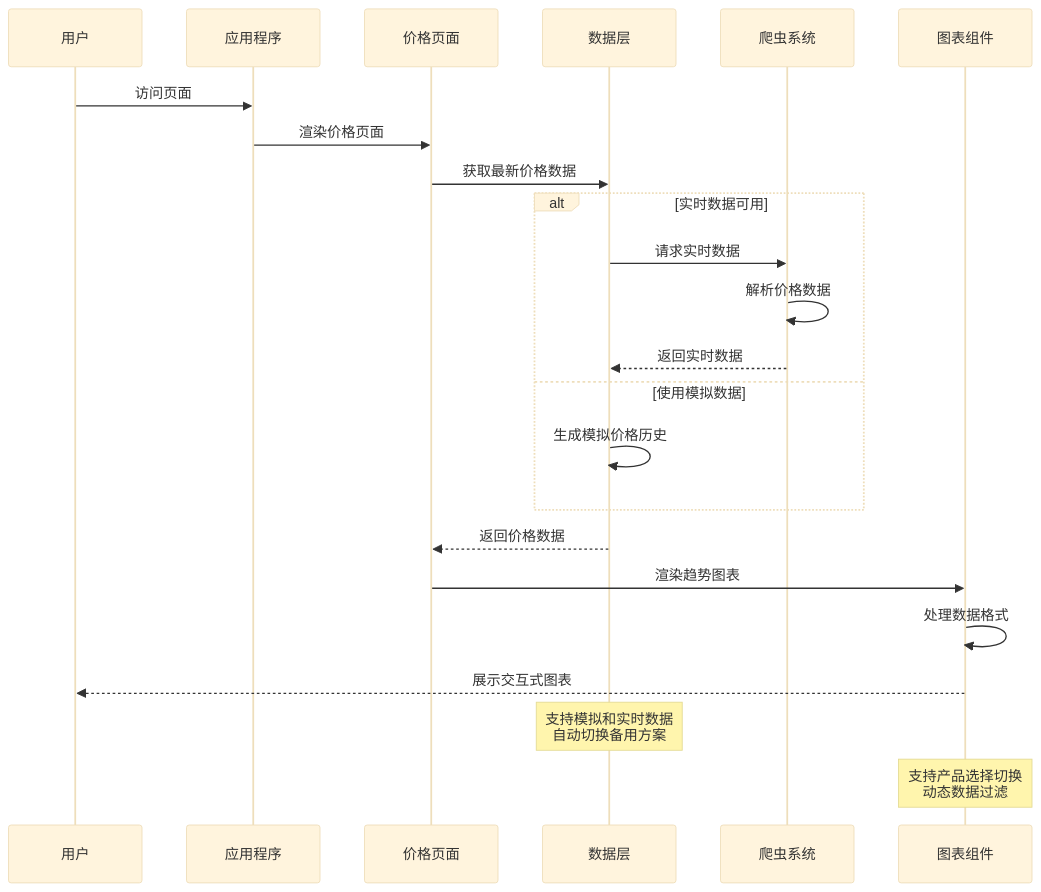
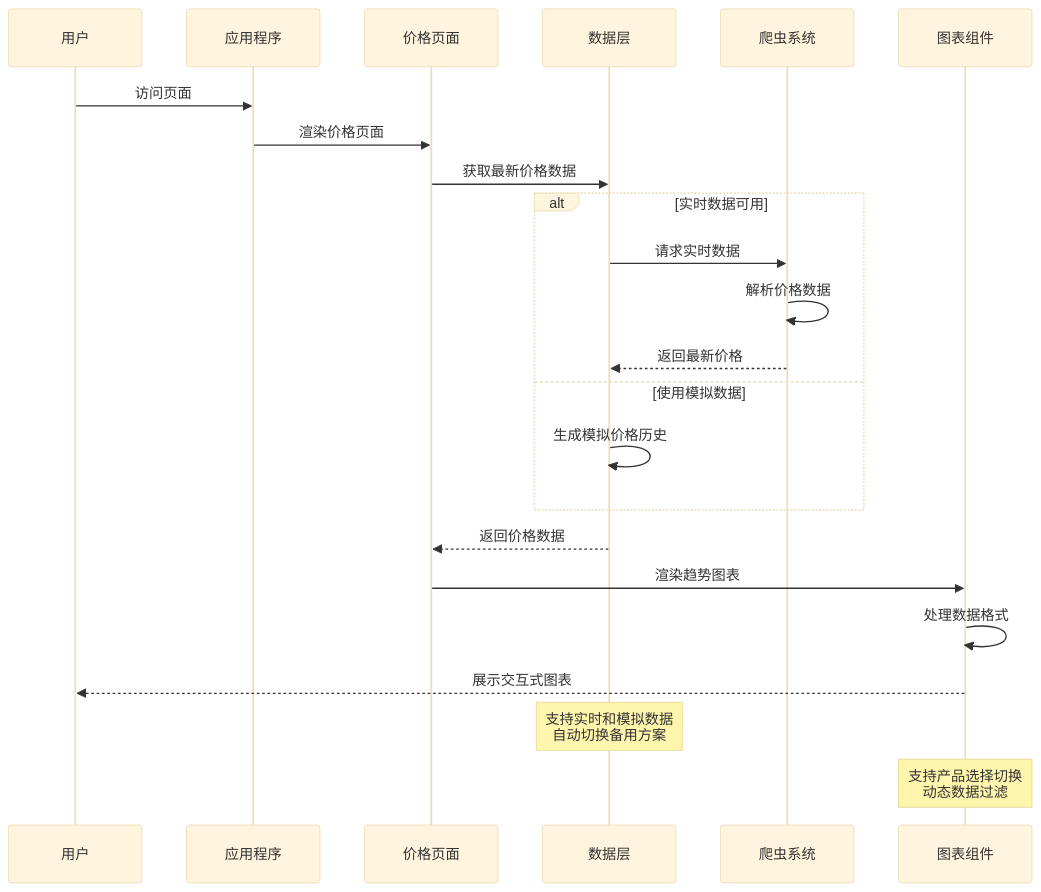
The fourth of 14 diagrams in .qoder/repowiki/zh/content/数据管理/价格数据管理.md (liangxuanliang-cmd/carbon-info-agent), drawn with Mermaid (base theme) before and after one commit. The commit also changed other lines of this file and 21 other files, not shown here.

````diff
--- a/.qoder/repowiki/zh/content/数据管理/价格数据管理.md
+++ b/.qoder/repowiki/zh/content/数据管理/价格数据管理.md
@@ -233,25 +251,25 @@
 ```mermaid
 sequenceDiagram
 participant User as 用户
 participant App as 应用程序
 participant Section as 价格页面
 participant Data as 数据层
 participant Crawler as 爬虫系统
 participant Chart as 图表组件
 User->>App : 访问页面
 App->>Section : 渲染价格页面
 Section->>Data : 获取最新价格数据
 alt 实时数据可用
 Data->>Crawler : 请求实时数据
 Crawler->>Crawler : 解析价格数据
-Crawler-->>Data : 返回实时数据
+Crawler-->>Data : 返回最新价格
 else 使用模拟数据
 Data->>Data : 生成模拟价格历史
 end
 Data-->>Section : 返回价格数据
 Section->>Chart : 渲染趋势图表
 Chart->>Chart : 处理数据格式
 Chart-->>User : 展示交互式图表
-Note over Data : 支持模拟和实时数据<br/>自动切换备用方案
+Note over Data : 支持实时和模拟数据<br/>自动切换备用方案
 Note over Chart : 支持产品选择切换<br/>动态数据过滤
 ```
````
